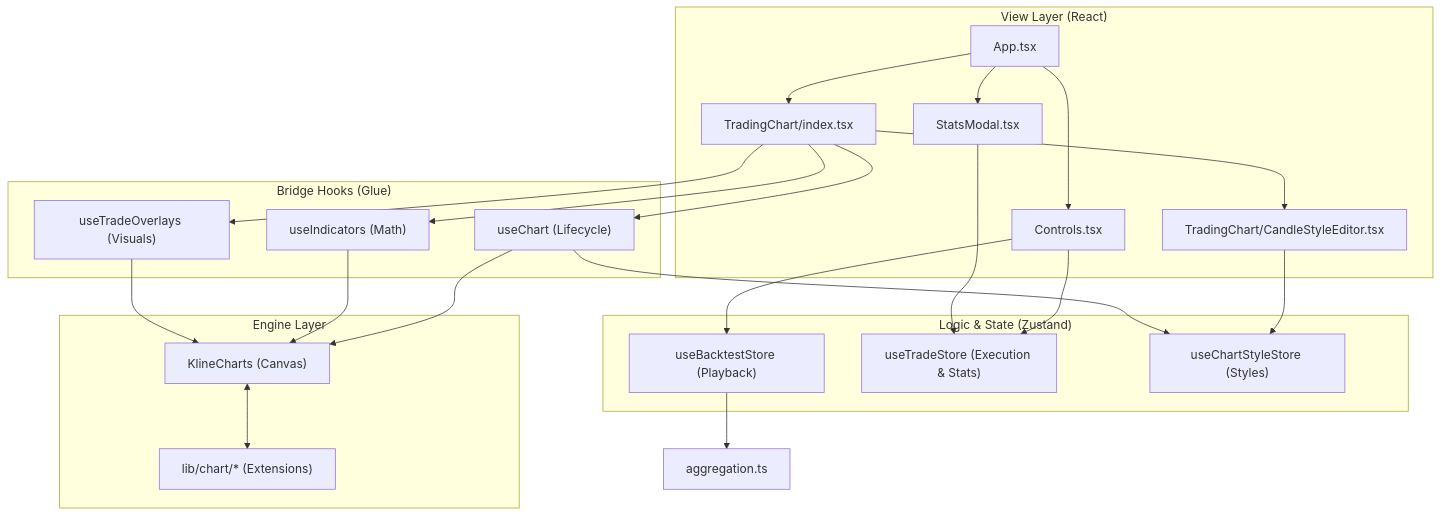
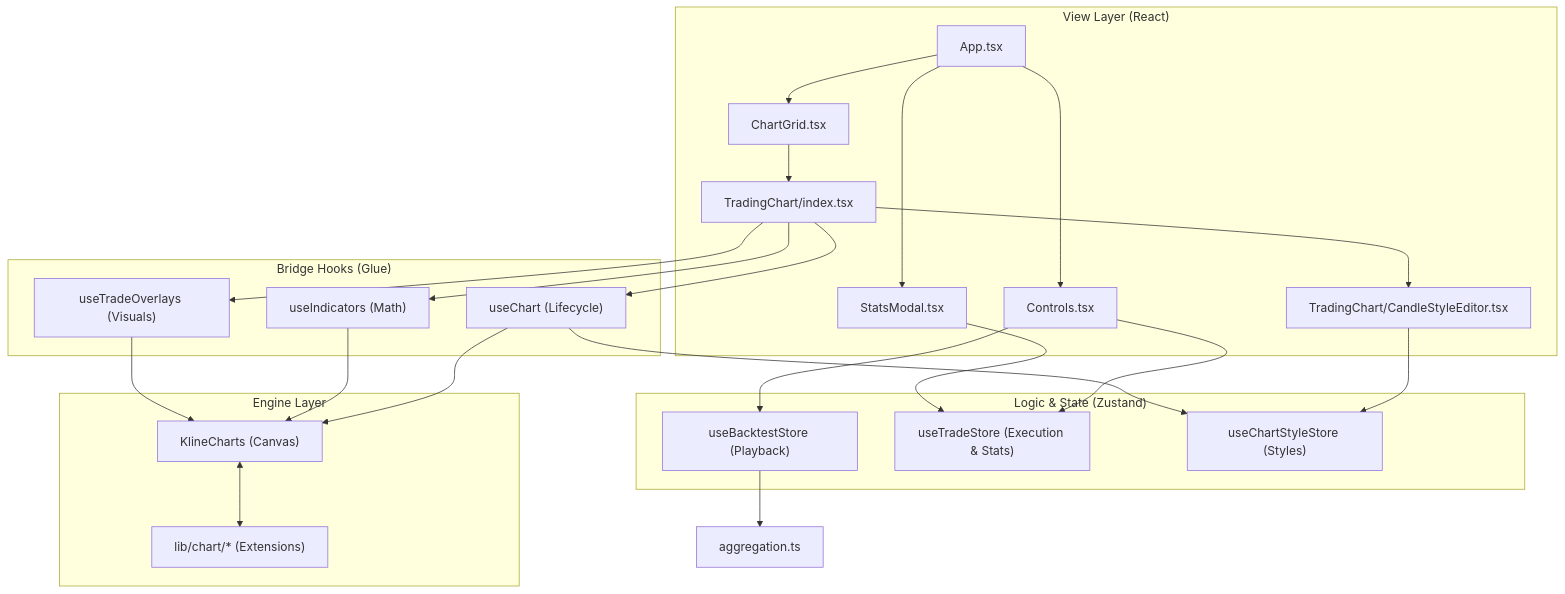
One commit to BinaryMasc/OpenBackTest changed the diagram in CODEBASE.md. Above: the diagram before and after it, drawn with Mermaid. The commit also changed other lines of this file and 5 other files, not shown here.

Commit message:
feat: rezisable multi-charts, change font-family

````diff
--- a/CODEBASE.md
+++ b/CODEBASE.md
@@ -114,39 +116,41 @@
 ```mermaid
 graph TD
     %% Layers
     subgraph UI ["View Layer (React)"]
         App["App.tsx"]
         Controls["Controls.tsx"]
+        ChartGrid["ChartGrid.tsx"]
         ChartUI["TradingChart/index.tsx"]
         CandleEditor["TradingChart/CandleStyleEditor.tsx"]
         Stats["StatsModal.tsx"]
     end
 
     subgraph Logic ["Logic & State (Zustand)"]
         BS["useBacktestStore (Playback)"]
         TS["useTradeStore (Execution & Stats)"]
         CSS["useChartStyleStore (Styles)"]
     end
 
     subgraph Bridge ["Bridge Hooks (Glue)"]
         UC["useChart (Lifecycle)"]
         UIH["useIndicators (Math)"]
         UT["useTradeOverlays (Visuals)"]
     end
 
     subgraph Engine ["Engine Layer"]
         KC["KlineCharts (Canvas)"]
         Lib["lib/chart/* (Extensions)"]
     end
 
     %% Mapping
-    App --> Controls & ChartUI & Stats
+    App --> Controls & ChartGrid & Stats
+    ChartGrid --> ChartUI
     Controls --> BS & TS
     ChartUI --> UC & UIH & UT & CandleEditor
     CandleEditor --> CSS
     Stats --> TS
     UC & UIH & UT --> KC
     UC --> CSS
     KC <--> Lib
     BS --> Agg["aggregation.ts"]
 ```
````
